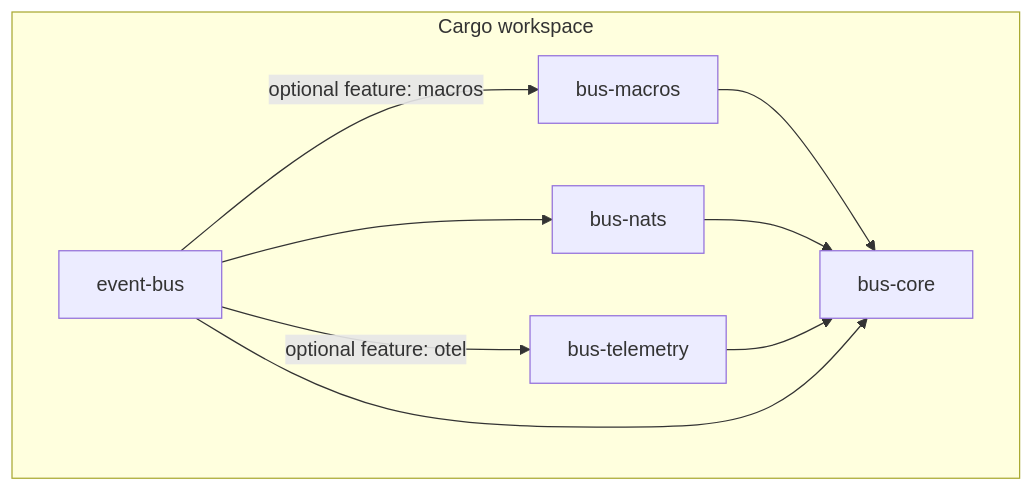
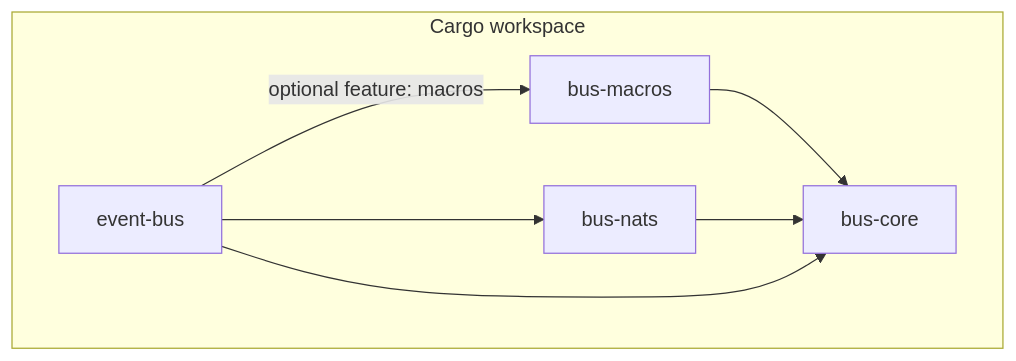
One commit to scriptkid23/eventbus-rs changed the first of 3 diagrams in docs/diagrams/system-diagrams.md. Above: the diagram before and after it, drawn with Mermaid. The commit also changed other lines of this file, not shown here.

First line of the commit message:
slim: drop telemetry from system diagrams

````diff
--- a/docs/diagrams/system-diagrams.md
+++ b/docs/diagrams/system-diagrams.md
@@ -5,18 +5,15 @@
 ```mermaid
 flowchart TD
     subgraph workspace [Cargo workspace]
         busCore[bus-core]
         busMacros[bus-macros]
         busNats[bus-nats]
-        busTelemetry[bus-telemetry]
         eventBus[event-bus]
     end
 
     busMacros --> busCore
     busNats --> busCore
-    busTelemetry --> busCore
     eventBus --> busCore
     eventBus --> busNats
-    eventBus -->|"optional feature: otel"| busTelemetry
     eventBus -->|"optional feature: macros"| busMacros
 ```
````
